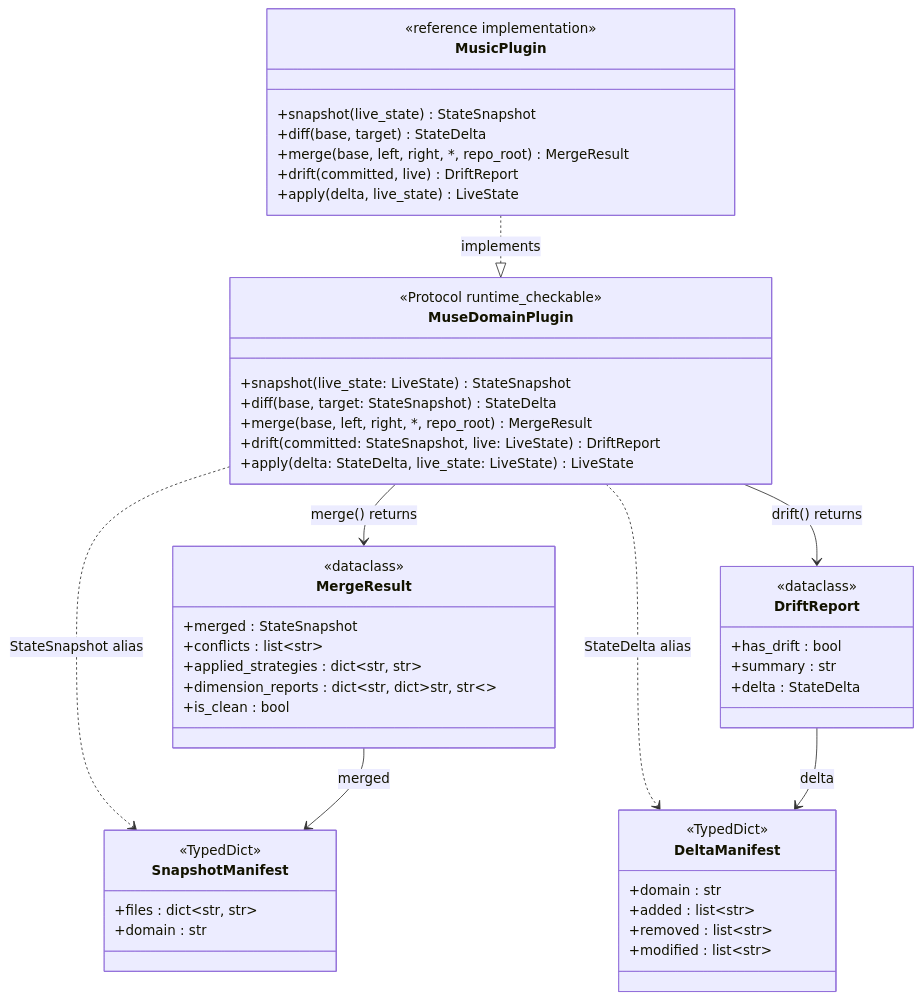
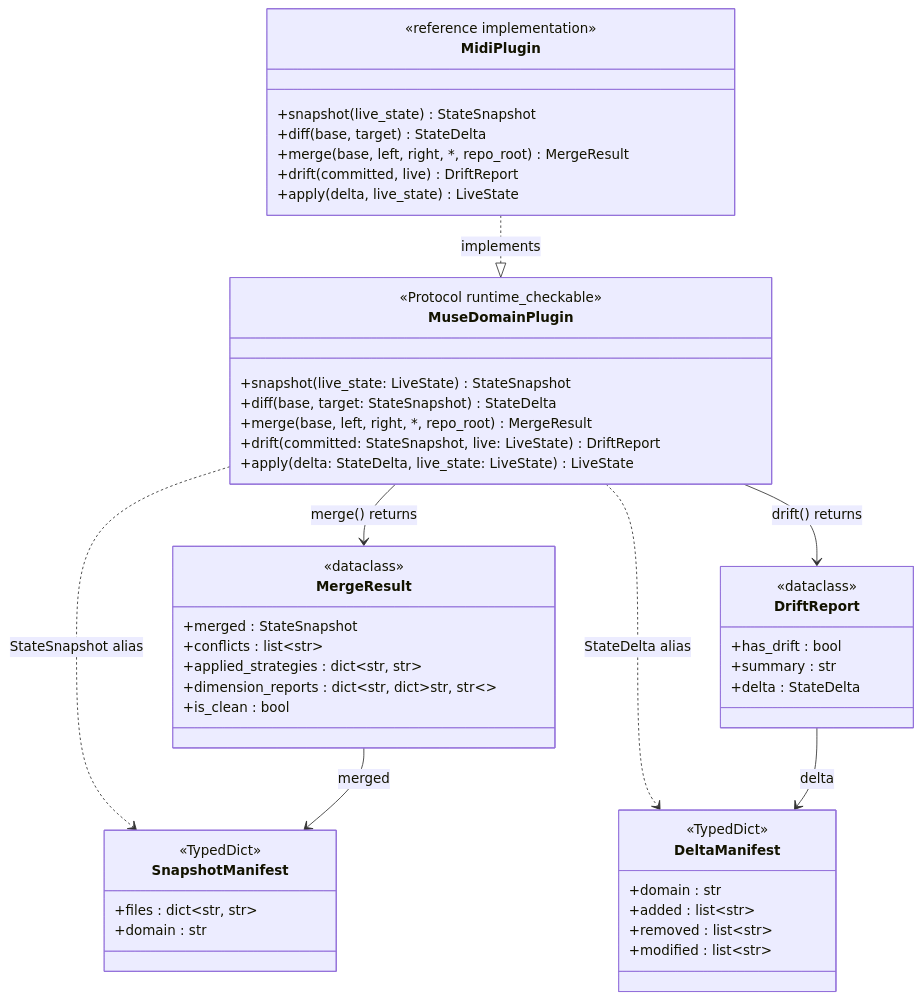
Before and after one commit to cgcardona/muse: the first of 9 diagrams in docs/reference/type-contracts.md, drawn with Mermaid. The commit also changed other lines of this file and 64 other files, not shown here.

````diff
--- a/docs/reference/type-contracts.md
+++ b/docs/reference/type-contracts.md
@@ -891,53 +891,53 @@
 ```mermaid
 classDiagram
     class SnapshotManifest {
         <<TypedDict>>
         +files : dict~str, str~
         +domain : str
     }
     class DeltaManifest {
         <<TypedDict>>
         +domain : str
         +added : list~str~
         +removed : list~str~
         +modified : list~str~
     }
     class MergeResult {
         <<dataclass>>
         +merged : StateSnapshot
         +conflicts : list~str~
         +applied_strategies : dict~str, str~
         +dimension_reports : dict~str, dict~str, str~~
         +is_clean : bool
     }
     class DriftReport {
         <<dataclass>>
         +has_drift : bool
         +summary : str
         +delta : StateDelta
     }
     class MuseDomainPlugin {
         <<Protocol runtime_checkable>>
         +snapshot(live_state: LiveState) StateSnapshot
         +diff(base, target: StateSnapshot) StateDelta
         +merge(base, left, right, *, repo_root) MergeResult
         +drift(committed: StateSnapshot, live: LiveState) DriftReport
         +apply(delta: StateDelta, live_state: LiveState) LiveState
     }
-    class MusicPlugin {
+    class MidiPlugin {
         <<reference implementation>>
         +snapshot(live_state) StateSnapshot
         +diff(base, target) StateDelta
         +merge(base, left, right, *, repo_root) MergeResult
         +drift(committed, live) DriftReport
         +apply(delta, live_state) LiveState
     }
 
     MuseDomainPlugin ..> SnapshotManifest : StateSnapshot alias
     MuseDomainPlugin ..> DeltaManifest : StateDelta alias
     MuseDomainPlugin --> MergeResult : merge() returns
     MuseDomainPlugin --> DriftReport : drift() returns
-    MusicPlugin ..|> MuseDomainPlugin : implements
+    MidiPlugin ..|> MuseDomainPlugin : implements
     MergeResult --> SnapshotManifest : merged
     DriftReport --> DeltaManifest : delta
 ```
````
